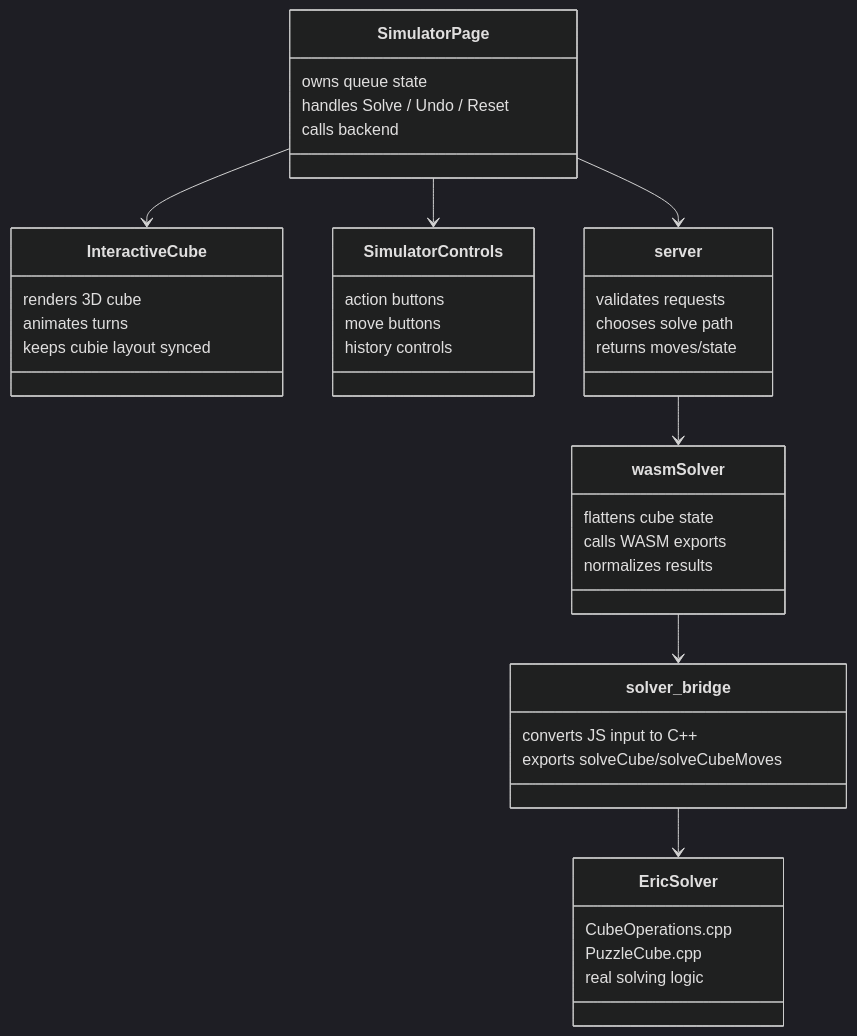
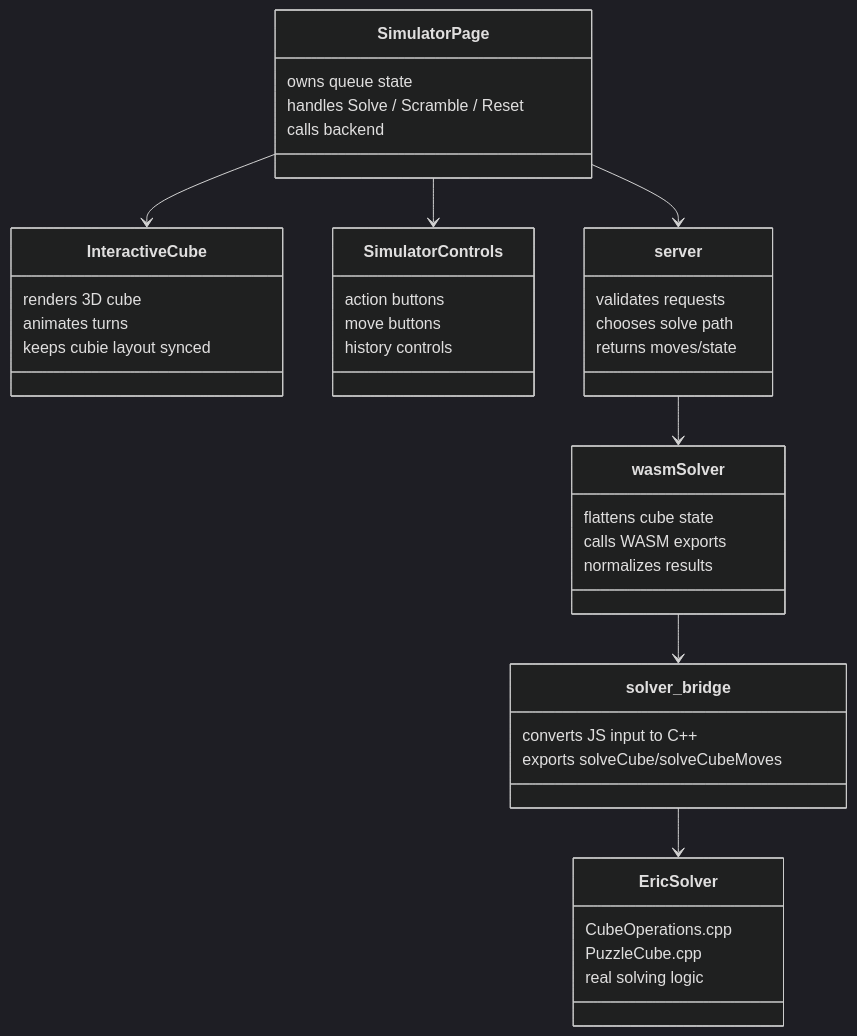
One commit to Ofunrein/dictators-rubikscube changed the third of 3 diagrams in docs/sprint-3-martin.md. Above: the diagram before and after it, drawn with Mermaid (dark theme). The commit also changed other lines of this file and 8 other files, not shown here.

````diff
--- a/docs/sprint-3-martin.md
+++ b/docs/sprint-3-martin.md
@@ -114,50 +114,50 @@
 ```mermaid
 classDiagram
     class SimulatorPage {
       owns queue state
-      handles Solve / Undo / Reset
+      handles Solve / Scramble / Reset
       calls backend
     }
 
     class InteractiveCube {
       renders 3D cube
       animates turns
       keeps cubie layout synced
     }
 
     class SimulatorControls {
       action buttons
       move buttons
       history controls
     }
 
     class server {
       validates requests
       chooses solve path
       returns moves/state
     }
 
     class wasmSolver {
       flattens cube state
       calls WASM exports
       normalizes results
     }
 
     class solver_bridge {
       converts JS input to C++
       exports solveCube/solveCubeMoves
     }
 
     class EricSolver {
       CubeOperations.cpp
       PuzzleCube.cpp
       real solving logic
     }
 
     SimulatorPage --> InteractiveCube
     SimulatorPage --> SimulatorControls
     SimulatorPage --> server
     server --> wasmSolver
     wasmSolver --> solver_bridge
     solver_bridge --> EricSolver
 ```
````
